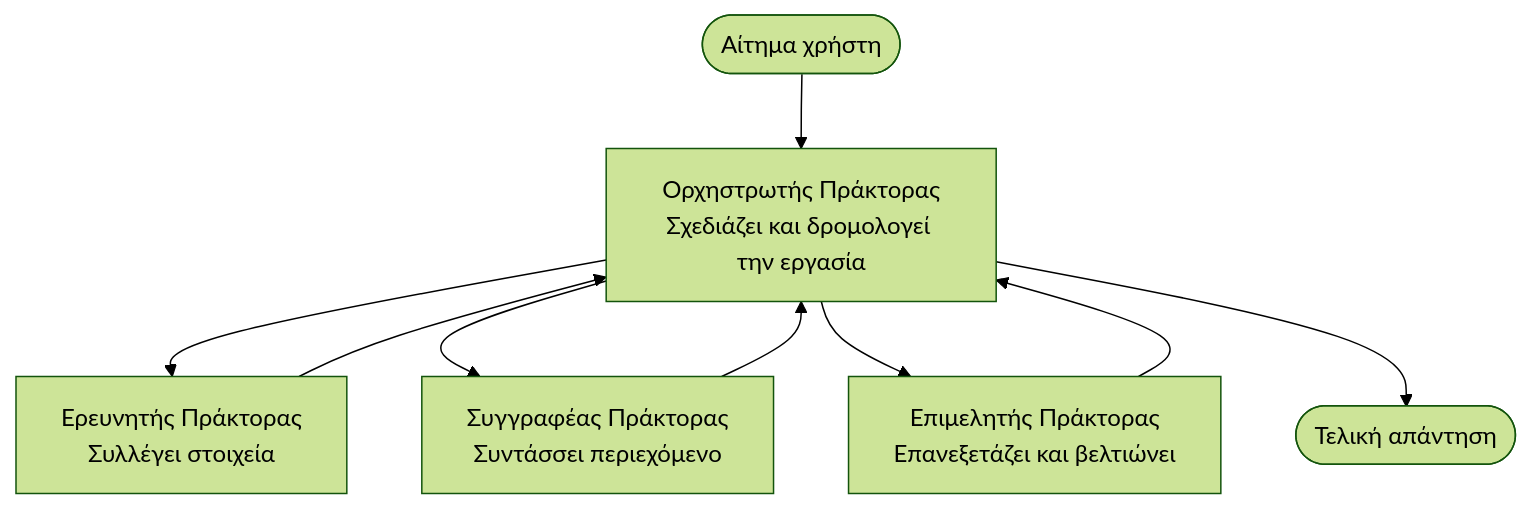
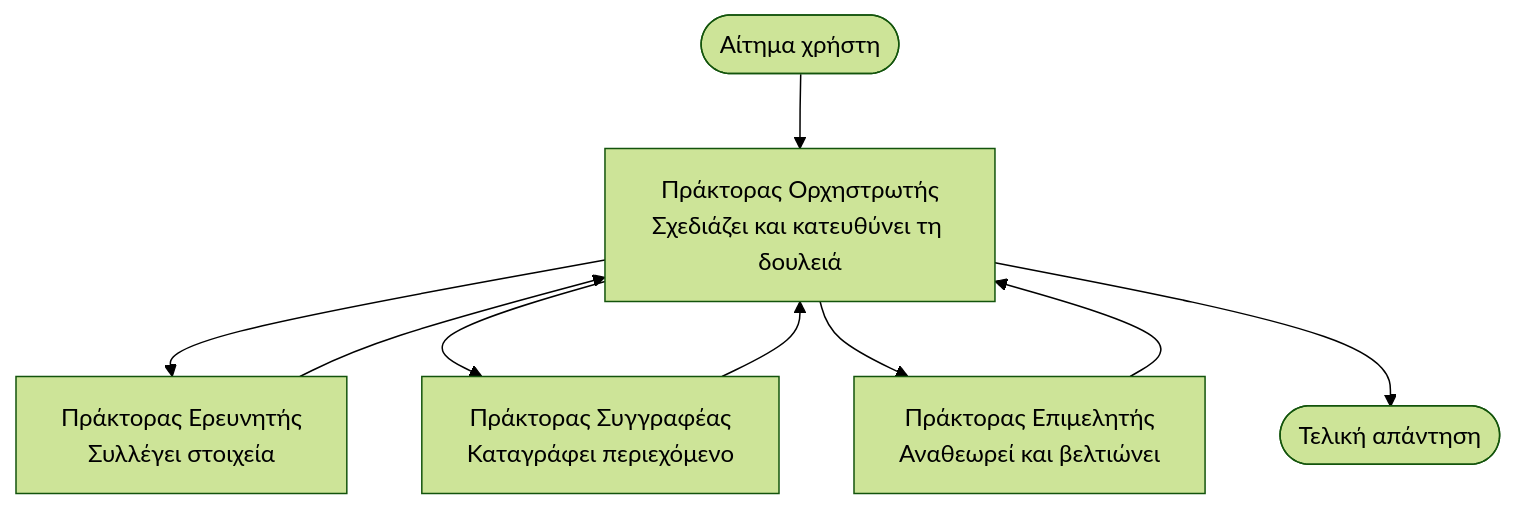
The diagram in translations/el/docs/chapter-05-multi-agent/multi-agent-basics.md (microsoft/AZD-for-beginners), drawn with Mermaid (forest theme) before and after one commit. The commit also changed other lines of this file and 59 other files, not shown here.

````diff
--- a/translations/el/docs/chapter-05-multi-agent/multi-agent-basics.md
+++ b/translations/el/docs/chapter-05-multi-agent/multi-agent-basics.md
@@ -43,11 +43,11 @@
 ```mermaid
 graph TD
-    User([Αίτημα χρήστη]) --> Orchestrator[Ορχηστρωτής Πράκτορας<br/>Σχεδιάζει και δρομολογεί την εργασία]
-    Orchestrator --> Researcher[Ερευνητής Πράκτορας<br/>Συλλέγει στοιχεία]
-    Orchestrator --> Writer[Συγγραφέας Πράκτορας<br/>Συντάσσει περιεχόμενο]
-    Orchestrator --> Editor[Επιμελητής Πράκτορας<br/>Επανεξετάζει και βελτιώνει]
+    User([Αίτημα χρήστη]) --> Orchestrator[Πράκτορας Ορχηστρωτής<br/>Σχεδιάζει και κατευθύνει τη δουλειά]
+    Orchestrator --> Researcher[Πράκτορας Ερευνητής<br/>Συλλέγει στοιχεία]
+    Orchestrator --> Writer[Πράκτορας Συγγραφέας<br/>Καταγράφει περιεχόμενο]
+    Orchestrator --> Editor[Πράκτορας Επιμελητής<br/>Αναθεωρεί και βελτιώνει]
     Researcher --> Orchestrator
     Writer --> Orchestrator
     Editor --> Orchestrator
     Orchestrator --> Result([Τελική απάντηση])
 ```
````
